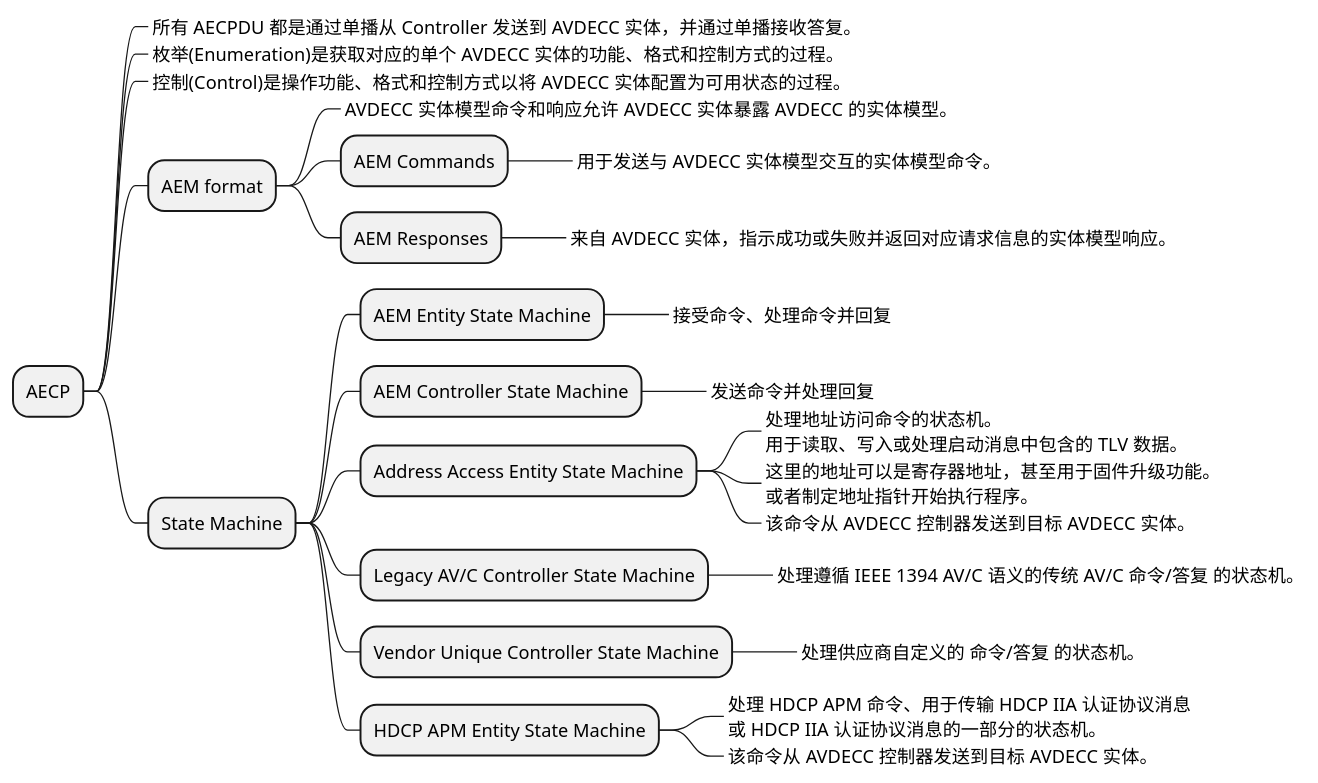
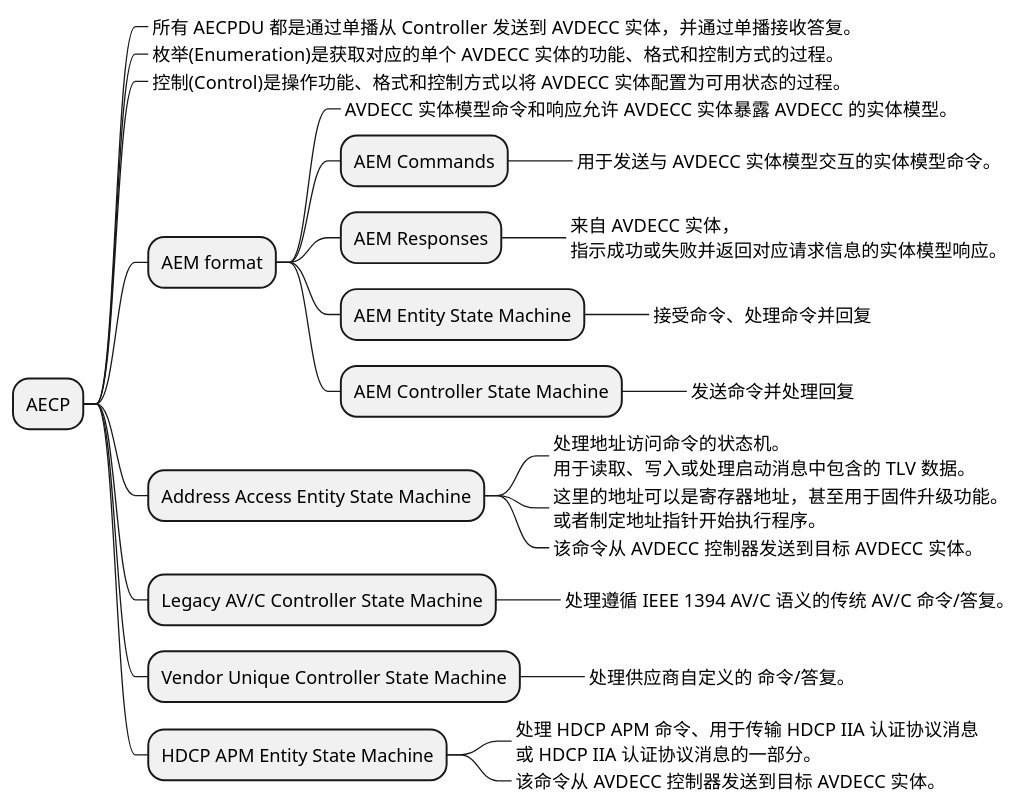
Before and after one commit to zeerd/zeerd.github.io: the fourth of 5 diagrams in _posts/2023-12-26-avdecc.md, drawn with PlantUML. The commit also changed other lines of this file and 5 other files, not shown here.

````diff
--- a/_posts/2023-12-26-avdecc.md
+++ b/_posts/2023-12-26-avdecc.md
@@ -118,37 +118,36 @@
 ```plantuml
 @startmindmap
     <style>
     mindmapDiagram {
         .op * {
          LineStyle 4
         }
     }
     </style>
     * AECP
     **_ 所有 AECPDU 都是通过单播从 Controller 发送到 AVDECC 实体，并通过单播接收答复。
     **_ 枚举(Enumeration)是获取对应的单个 AVDECC 实体的功能、格式和控制方式的过程。
     **_ 控制(Control)是操作功能、格式和控制方式以将 AVDECC 实体配置为可用状态的过程。
     ** AEM format
     ***_ AVDECC 实体模型命令和响应允许 AVDECC 实体暴露 AVDECC 的实体模型。
     *** AEM Commands
     ****_ 用于发送与 AVDECC 实体模型交互的实体模型命令。
     *** AEM Responses
-    ****_ 来自 AVDECC 实体，指示成功或失败并返回对应请求信息的实体模型响应。
-    ** State Machine
+    ****_ 来自 AVDECC 实体，\n指示成功或失败并返回对应请求信息的实体模型响应。
     *** AEM Entity State Machine
     ****_ 接受命令、处理命令并回复
     *** AEM Controller State Machine
     ****_ 发送命令并处理回复
-    *** Address Access Entity State Machine
-    ****_ 处理地址访问命令的状态机。\n用于读取、写入或处理启动消息中包含的 TLV 数据。
-    ****_ 这里的地址可以是寄存器地址，甚至用于固件升级功能。\n或者制定地址指针开始执行程序。
-    ****_ 该命令从 AVDECC 控制器发送到目标 AVDECC 实体。
-    *** Legacy AV/C Controller State Machine
-    ****_ 处理遵循 IEEE 1394 AV/C 语义的传统 AV/C 命令/答复 的状态机。
-    *** Vendor Unique Controller State Machine
-    ****_ 处理供应商自定义的 命令/答复 的状态机。
-    *** HDCP APM Entity State Machine
-    ****_ 处理 HDCP APM 命令、用于传输 HDCP IIA 认证协议消息\n或 HDCP IIA 认证协议消息的一部分的状态机。
-    ****_ 该命令从 AVDECC 控制器发送到目标 AVDECC 实体。
+    ** Address Access Entity State Machine
+    ***_ 处理地址访问命令的状态机。\n用于读取、写入或处理启动消息中包含的 TLV 数据。
+    ***_ 这里的地址可以是寄存器地址，甚至用于固件升级功能。\n或者制定地址指针开始执行程序。
+    ***_ 该命令从 AVDECC 控制器发送到目标 AVDECC 实体。
+    ** Legacy AV/C Controller State Machine
+    ***_ 处理遵循 IEEE 1394 AV/C 语义的传统 AV/C 命令/答复。
+    ** Vendor Unique Controller State Machine
+    ***_ 处理供应商自定义的 命令/答复。
+    ** HDCP APM Entity State Machine
+    ***_ 处理 HDCP APM 命令、用于传输 HDCP IIA 认证协议消息\n或 HDCP IIA 认证协议消息的一部分。
+    ***_ 该命令从 AVDECC 控制器发送到目标 AVDECC 实体。
 @endmindmap
 ```
````
